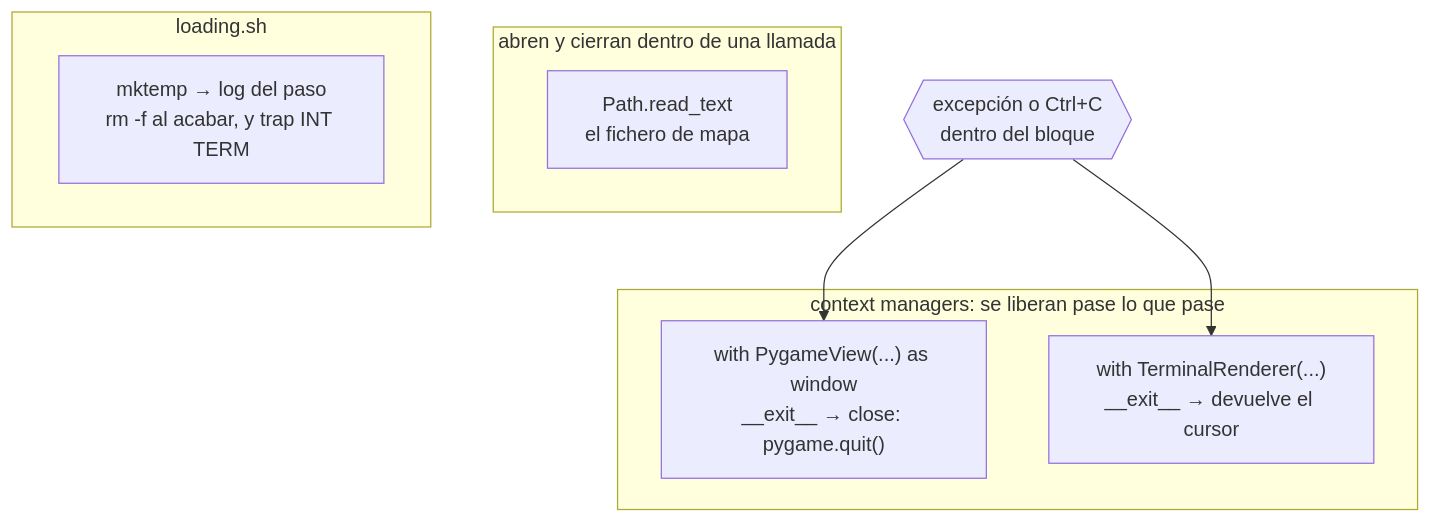
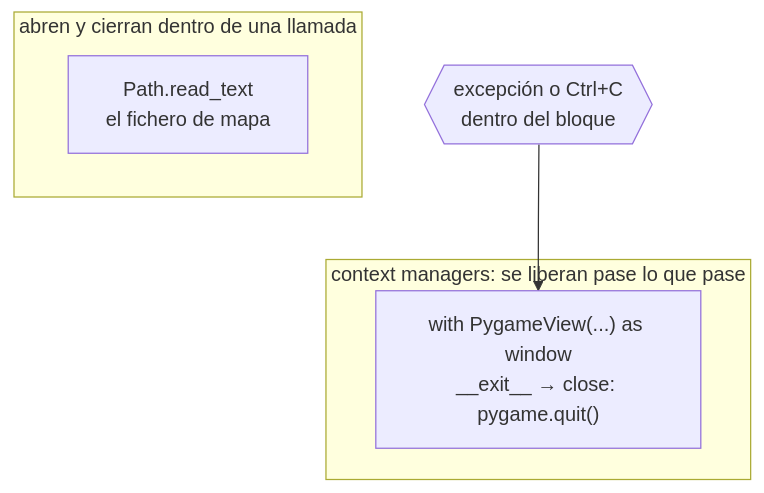
Before and after one commit to 0xARCOS/Fly-In: diagram 13 of 52 in docs/07-diagramas.md, drawn with Mermaid. The commit also changed other lines of this file and 33 other files, not shown here.

````diff
--- a/docs/07-diagramas.md
+++ b/docs/07-diagramas.md
@@ -602,15 +579,10 @@
 ```mermaid
 flowchart TD
     subgraph WITH["context managers: se liberan pase lo que pase"]
         PVW["with PygameView(...) as window<br/>__exit__ → close: pygame.quit()"]
-        TRV["with TerminalRenderer(...)<br/>__exit__ → devuelve el cursor"]
     end
     subgraph AUTO["abren y cierran dentro de una llamada"]
         RT["Path.read_text<br/>el fichero de mapa"]
     end
-    subgraph SH["loading.sh"]
-        TMP["mktemp → log del paso<br/>rm -f al acabar, y trap INT TERM"]
-    end
     ERR{{"excepción o Ctrl+C<br/>dentro del bloque"}} --> PVW
-    ERR --> TRV
 ```
````
